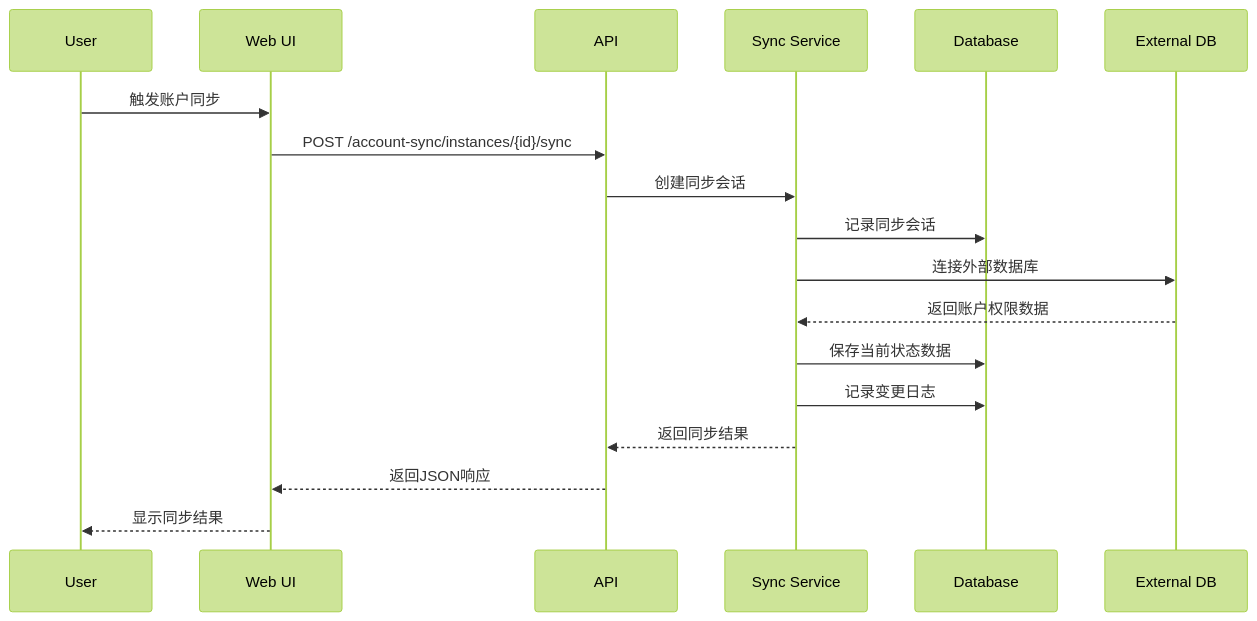
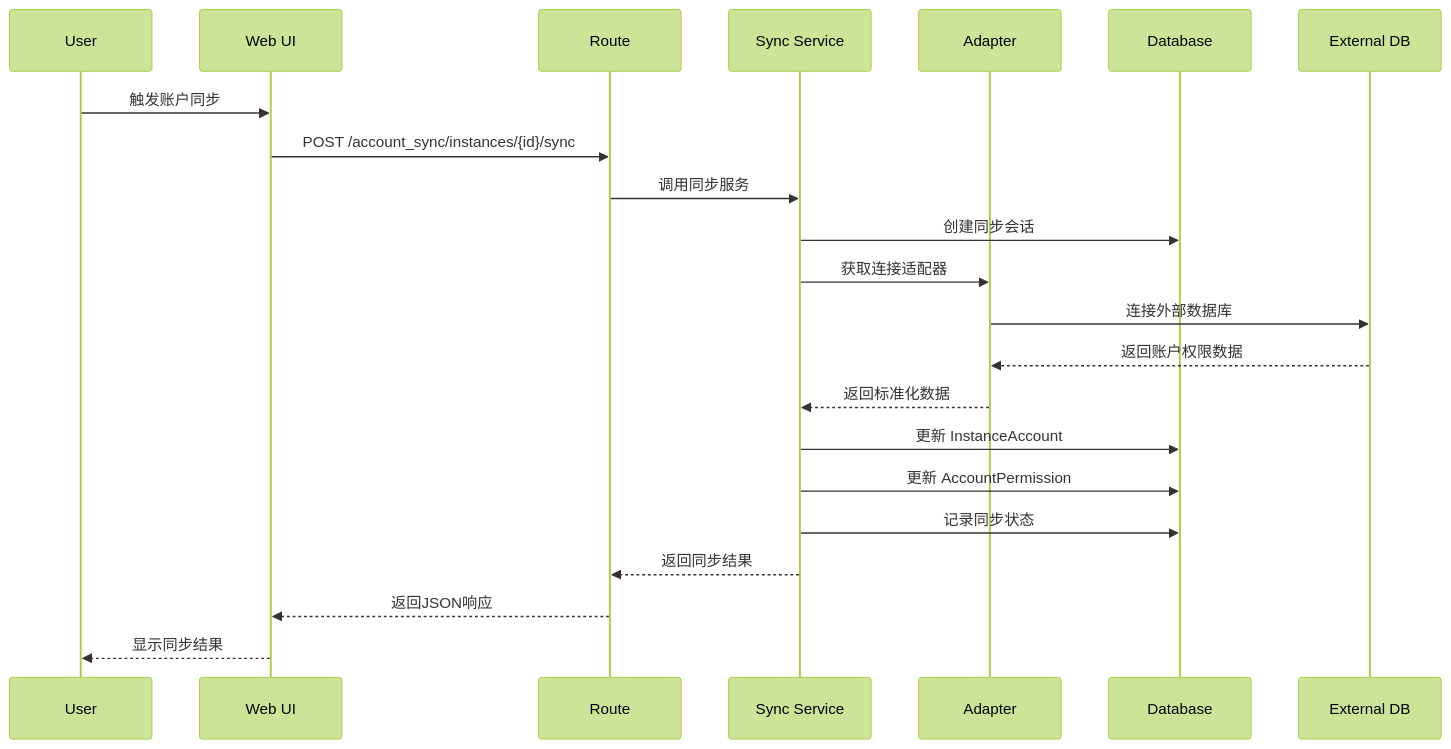
The fourth of 11 diagrams in docs/architecture/spec.md (nyealovey/WhaleFall), drawn with Mermaid (forest theme) before and after one commit. The commit also changed other lines of this file and 13 other files, not shown here.

````diff
--- a/docs/architecture/spec.md
+++ b/docs/architecture/spec.md
@@ -363,21 +422,25 @@
 ```mermaid
 sequenceDiagram
     participant U as User
     participant W as Web UI
-    participant A as API
+    participant R as Route
     participant S as Sync Service
+    participant A as Adapter
     participant D as Database
     participant E as External DB
     
     U->>W: 触发账户同步
-    W->>A: POST /account-sync/instances/{id}/sync
-    A->>S: 创建同步会话
-    S->>D: 记录同步会话
-    S->>E: 连接外部数据库
-    E-->>S: 返回账户权限数据
-    S->>D: 保存当前状态数据
-    S->>D: 记录变更日志
-    S-->>A: 返回同步结果
-    A-->>W: 返回JSON响应
+    W->>R: POST /account_sync/instances/{id}/sync
+    R->>S: 调用同步服务
+    S->>D: 创建同步会话
+    S->>A: 获取连接适配器
+    A->>E: 连接外部数据库
+    E-->>A: 返回账户权限数据
+    A-->>S: 返回标准化数据
+    S->>D: 更新 InstanceAccount
+    S->>D: 更新 AccountPermission
+    S->>D: 记录同步状态
+    S-->>R: 返回同步结果
+    R-->>W: 返回JSON响应
     W-->>U: 显示同步结果
 ```
````
